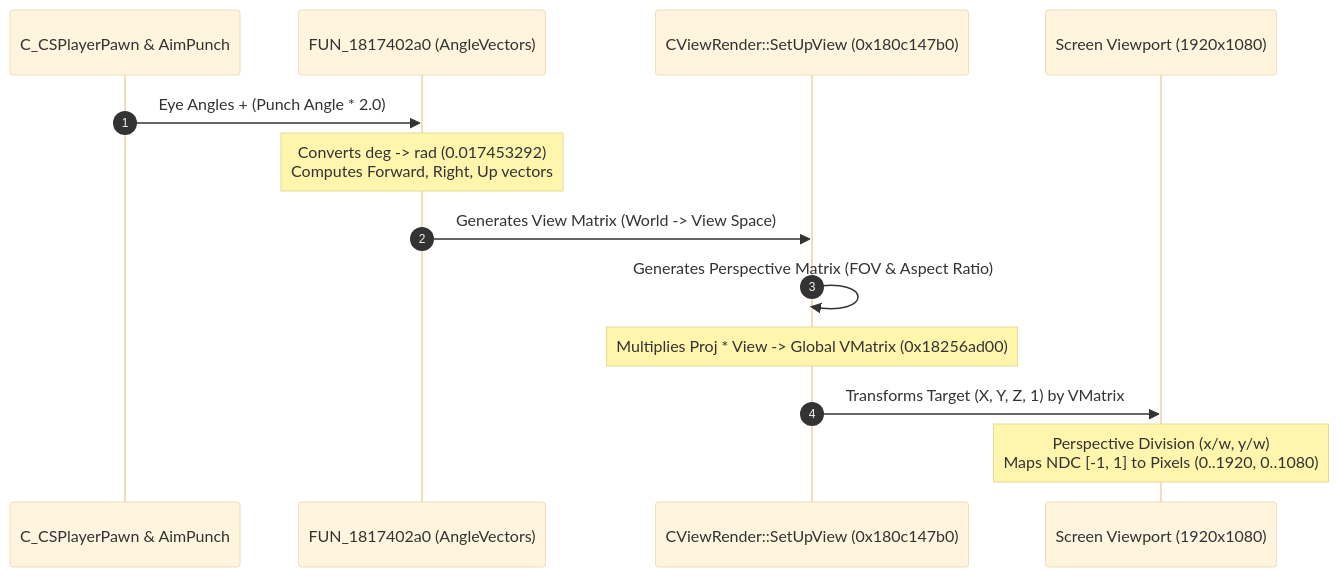
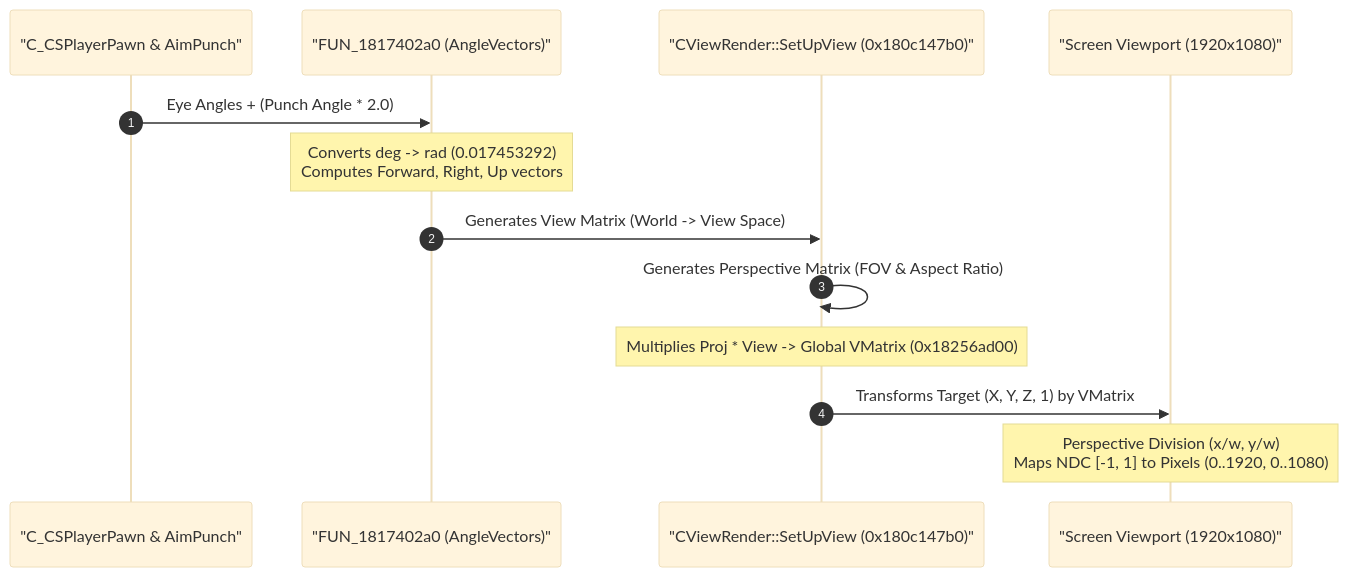
Before and after one commit to Hanzkii/cs2-reverse: the second of 2 diagrams in docs/07_camera_and_view_matrix_pipeline.md, drawn with Mermaid (base theme). The commit also changed 17 other files, not shown here.

Commit message:
fix(docs): quote Mermaid sequence diagram participant labels across all documentation

````diff
--- a/docs/07_camera_and_view_matrix_pipeline.md
+++ b/docs/07_camera_and_view_matrix_pipeline.md
@@ -66,16 +66,16 @@
 ```mermaid
 sequenceDiagram
     autonumber
-    participant Pawn as C_CSPlayerPawn & AimPunch
-    participant AngleMath as FUN_1817402a0 (AngleVectors)
-    participant ViewSetup as CViewRender::SetUpView (0x180c147b0)
-    participant Viewport as Screen Viewport (1920x1080)
+    participant Pawn as "C_CSPlayerPawn & AimPunch"
+    participant AngleMath as "FUN_1817402a0 (AngleVectors)"
+    participant ViewSetup as "CViewRender::SetUpView (0x180c147b0)"
+    participant Viewport as "Screen Viewport (1920x1080)"
 
     Pawn->>AngleMath: Eye Angles + (Punch Angle * 2.0)
     Note over AngleMath: Converts deg -> rad (0.017453292)<br/>Computes Forward, Right, Up vectors
     AngleMath->>ViewSetup: Generates View Matrix (World -> View Space)
     ViewSetup->>ViewSetup: Generates Perspective Matrix (FOV & Aspect Ratio)
     Note over ViewSetup: Multiplies Proj * View -> Global VMatrix (0x18256ad00)
     ViewSetup->>Viewport: Transforms Target (X, Y, Z, 1) by VMatrix
     Note over Viewport: Perspective Division (x/w, y/w)<br/>Maps NDC [-1, 1] to Pixels (0..1920, 0..1080)
 ```
````
